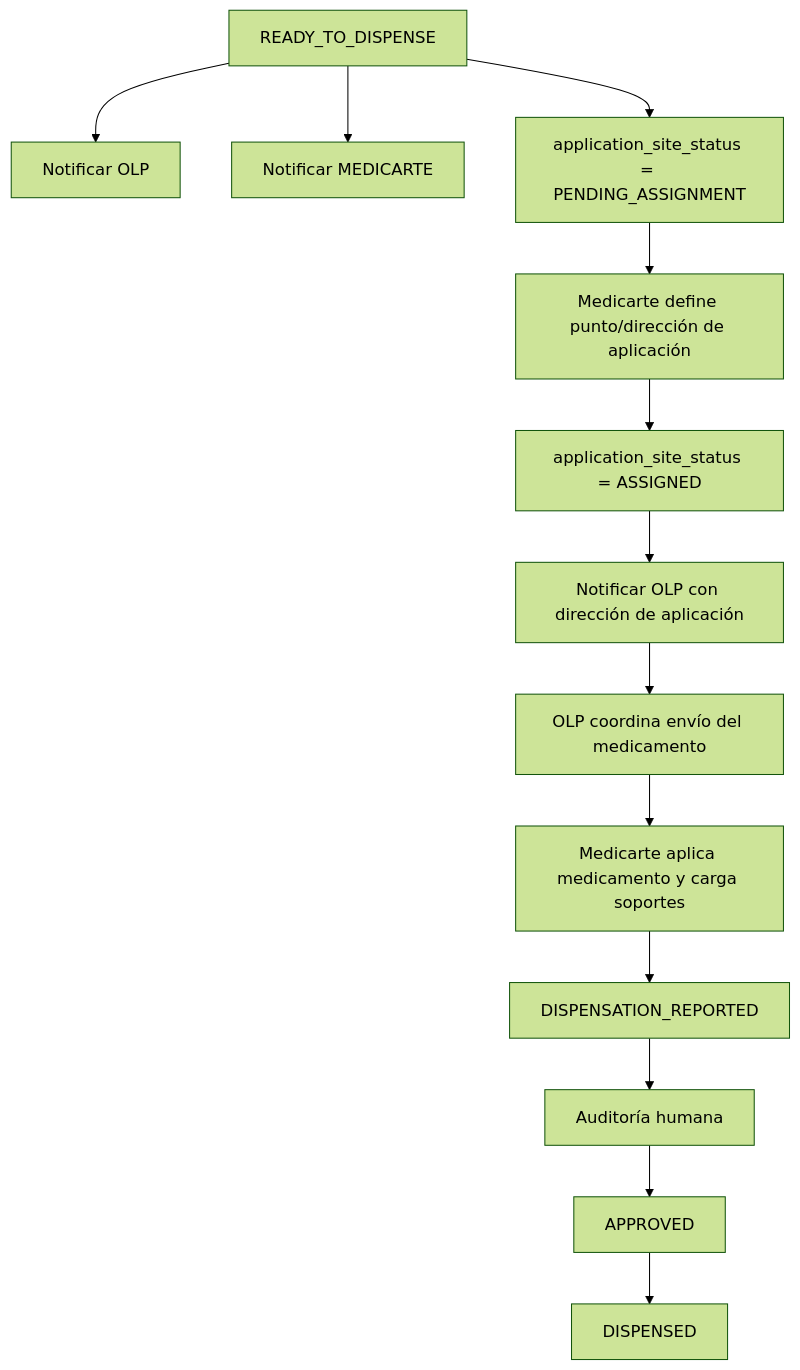
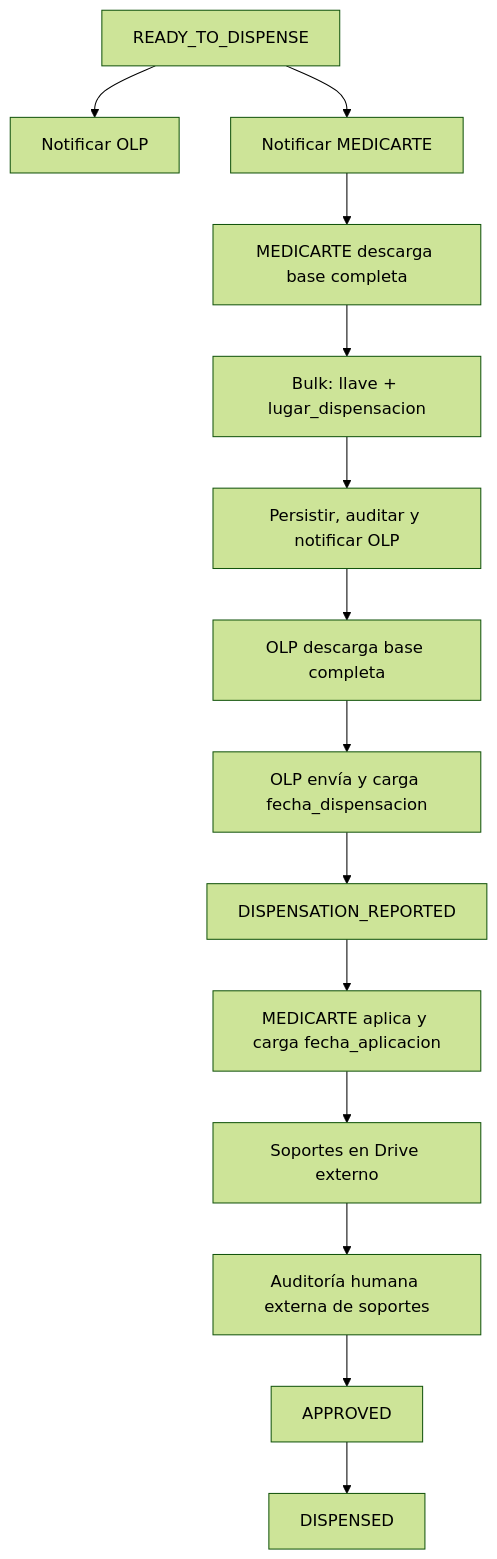
The second of 4 diagrams in docs/architecture/arquitectura_plataforma_autorizaciones.md (andresalvarezb/mtd-olp-medicarte), drawn with Mermaid (forest theme) before and after one commit. The commit also changed other lines of this file and 54 other files, not shown here.

````diff
--- a/docs/architecture/arquitectura_plataforma_autorizaciones.md
+++ b/docs/architecture/arquitectura_plataforma_autorizaciones.md
@@ -269,15 +273,16 @@
 ```mermaid
 flowchart TD
     R["READY_TO_DISPENSE"] --> N1["Notificar OLP"]
     R --> N2["Notificar MEDICARTE"]
-    R --> P["application_site_status = PENDING_ASSIGNMENT"]
-    P --> M["Medicarte define punto/dirección de aplicación"]
-    M --> A["application_site_status = ASSIGNED"]
-    A --> N3["Notificar OLP con dirección de aplicación"]
-    N3 --> D["OLP coordina envío del medicamento"]
-    D --> X["Medicarte aplica medicamento y carga soportes"]
-    X --> DR["DISPENSATION_REPORTED"]
-    DR --> AU["Auditoría humana"]
+    N2 --> M["MEDICARTE descarga base completa"]
+    M --> L["Bulk: llave + lugar_dispensacion"]
+    L --> N3["Persistir, auditar y notificar OLP"]
+    N3 --> O["OLP descarga base completa"]
+    O --> D["OLP envía y carga fecha_dispensacion"]
+    D --> DR["DISPENSATION_REPORTED"]
+    DR --> X["MEDICARTE aplica y carga fecha_aplicacion"]
+    X --> S["Soportes en Drive externo"]
+    S --> AU["Auditoría humana externa de soportes"]
     AU --> AP["APPROVED"]
     AP --> DI["DISPENSED"]
 ```
````
